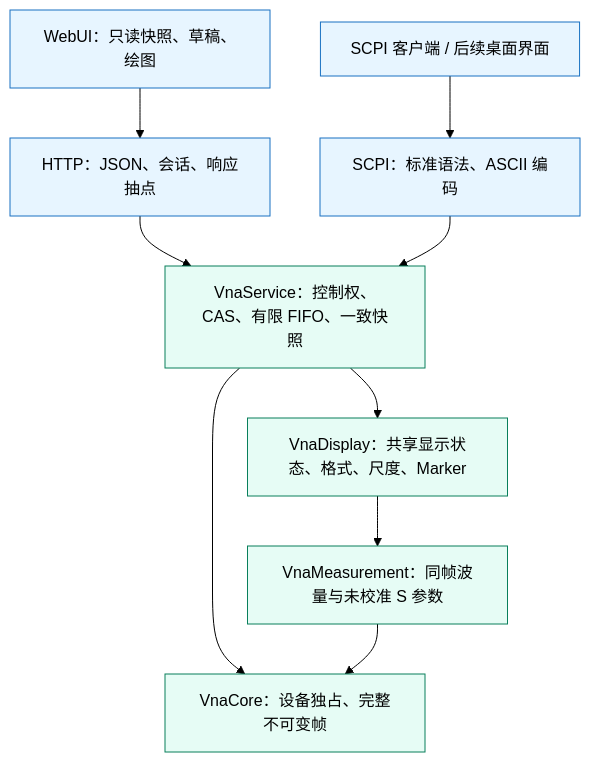
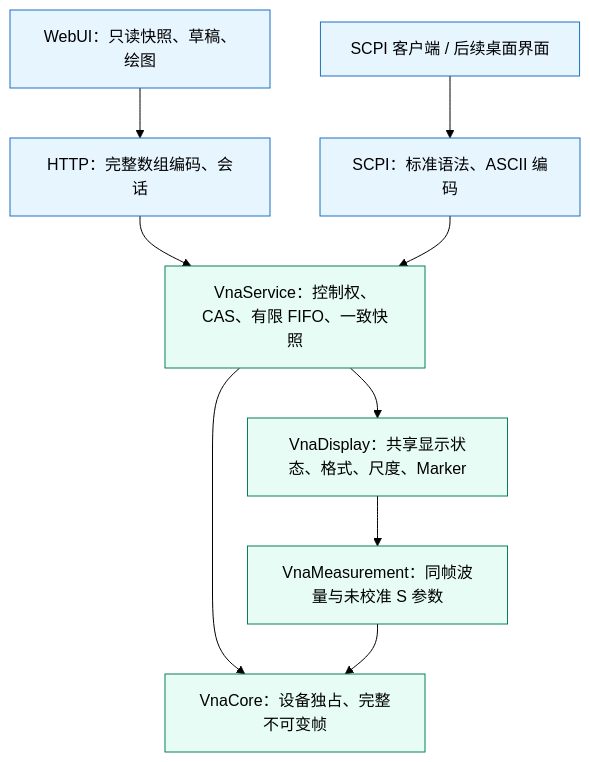
Before and after one commit to aniping/VnaPro: the first of 2 diagrams in docs/共享显示域设计.md, drawn with Mermaid (forest theme). The commit also changed other lines of this file and 12 other files, not shown here.

````diff
--- a/docs/共享显示域设计.md
+++ b/docs/共享显示域设计.md
@@ -15,23 +15,23 @@
 ```mermaid
 flowchart TB
     web["WebUI：只读快照、草稿、绘图"]
     client["SCPI 客户端 / 后续桌面界面"]
-    http["HTTP：JSON、会话、响应抽点"]
+    http["HTTP：完整数组编码、会话"]
     scpi["SCPI：标准语法、ASCII 编码"]
     service["VnaService：控制权、CAS、有限 FIFO、一致快照"]
     display["VnaDisplay：共享显示状态、格式、尺度、Marker"]
     measurement["VnaMeasurement：同帧波量与未校准 S 参数"]
     core["VnaCore：设备独占、完整不可变帧"]
     web --> http
     client --> scpi
     http --> service
     scpi --> service
     service --> display
     service --> core
     display --> measurement
     measurement --> core
     classDef protocol fill:#e7f5ff,stroke:#1971c2;
     classDef domain fill:#e6fcf5,stroke:#087f5b;
     class web,client,http,scpi protocol;
     class service,display,measurement,core domain;
 ```
````
